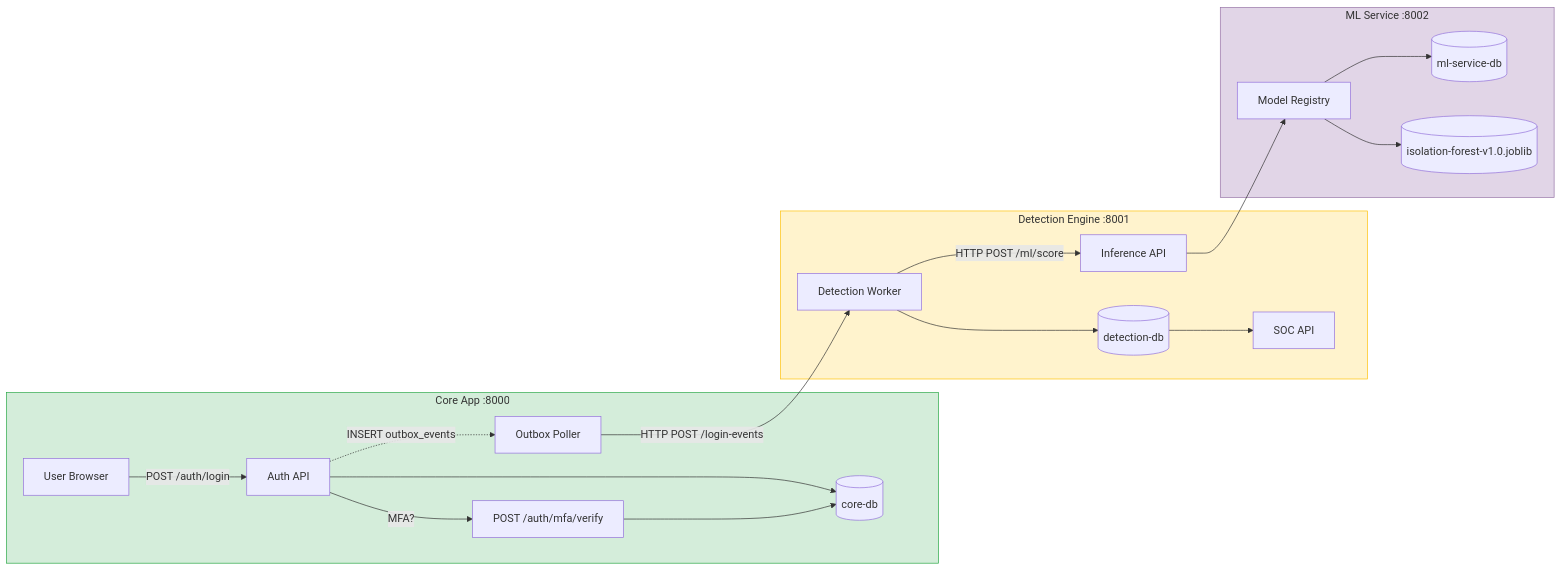
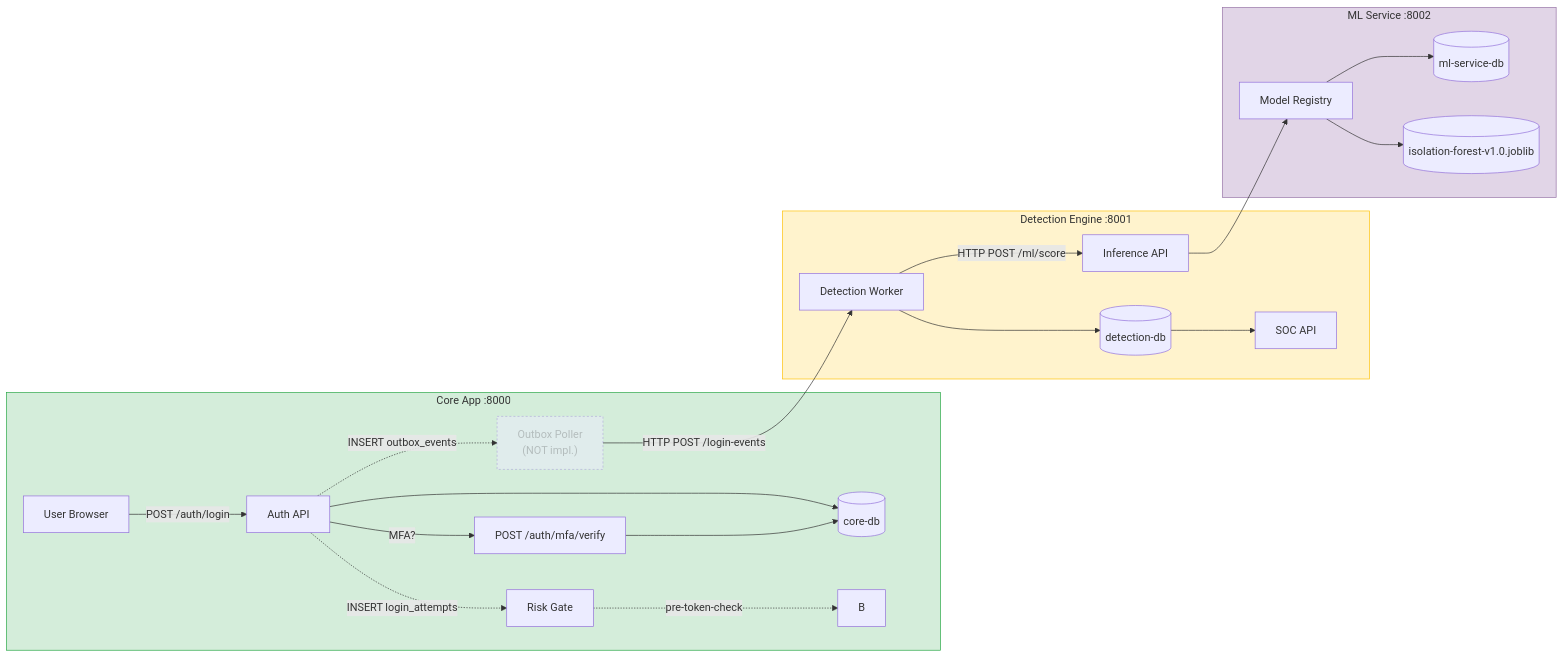
The first of 7 diagrams in docs/workflows.mmd (Albert-Tuan/sentinel-auth), drawn with Mermaid before and after one commit. The commit also changed other lines of this file and 28 other files, not shown here.

````diff
--- a/docs/workflows.mmd
+++ b/docs/workflows.mmd
@@ -10,27 +10,32 @@
 ```mermaid
 flowchart LR
     subgraph CoreApp["Core App :8000"]
         U["User Browser"] -->|POST /auth/login| A["Auth API"]
         A --> CDB[(core-db)]
         A -->|MFA?| MFA["POST /auth/mfa/verify"]
         MFA --> CDB
-        A -.->|INSERT outbox_events| OB["Outbox Poller"]
+        A -.->|INSERT login_attempts| RG["Risk Gate"]
+        RG -.->|"pre-token-check"| B
+        OB["Outbox Poller
+(NOT impl.)"]:::ghost
+        A -.->|INSERT outbox_events| OB
+        classDef ghost stroke-dasharray: 3 3,opacity:0.5
     end
 
     subgraph Detection["Detection Engine :8001"]
         OB -->|HTTP POST /login-events| DE["Detection Worker"]
         DE --> DDB[(detection-db)]
         DE -->|HTTP POST /ml/score| ML
         DDB --> SOC["SOC API"]
     end
 
     subgraph MLService["ML Service :8002"]
         ML["Inference API"] --> MR["Model Registry"]
         MR --> MDB[(ml-service-db)]
         MR --> MOD[("isolation-forest-v1.0.joblib")]
     end
 
     style CoreApp fill:#d4edda,stroke:#28a745
     style Detection fill:#fff3cd,stroke:#ffc107
     style MLService fill:#e1d5e7,stroke:#9673a6
 ```
````
